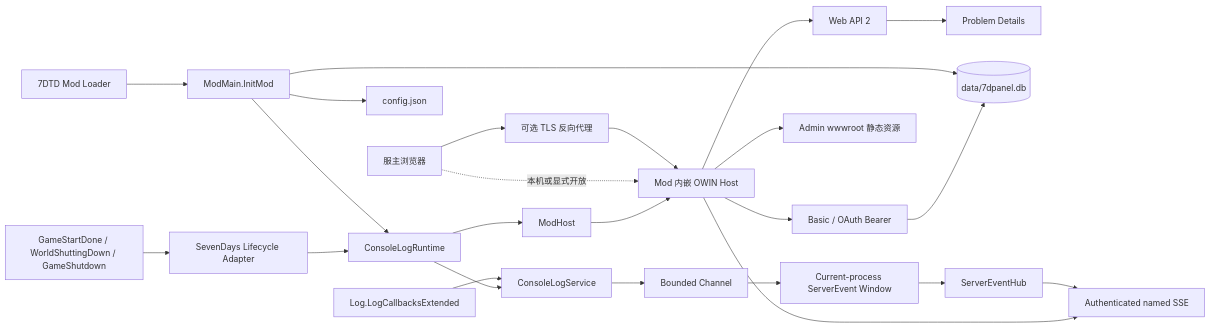
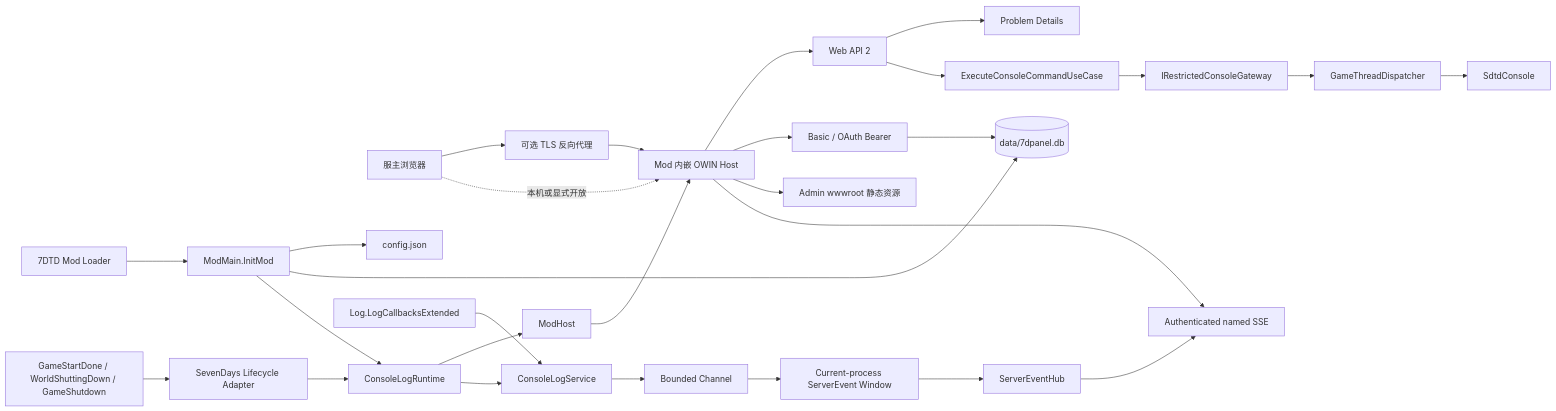
The diagram in docs/architecture.md (IceCoffee1024/7dpanel-legacy), drawn with Mermaid before and after one commit. The commit also changed other lines of this file and 28 other files, not shown here.

Commit message:
feat(backend): add restricted console command slice

````diff
--- a/docs/architecture.md
+++ b/docs/architecture.md
@@ -20,26 +20,30 @@
 ```mermaid
 flowchart LR
     Browser[服主浏览器] --> Proxy[可选 TLS 反向代理]
     Proxy --> Host[Mod 内嵌 OWIN Host]
     Browser -. 本机或显式开放 .-> Host
     Host --> Api[Web API 2]
     Host --> Auth[Basic / OAuth Bearer]
     Api --> Problem[Problem Details]
     Host --> Static[Admin wwwroot 静态资源]
     ModLoader[7DTD Mod Loader] --> Bootstrap[ModMain.InitMod]
     Bootstrap --> Config[config.json]
     Bootstrap --> Database[(data/7dpanel.db)]
     Bootstrap --> Runtime[ConsoleLogRuntime]
     Runtime --> ModHost
     ModHost --> Host
     GameEvents[GameStartDone / WorldShuttingDown / GameShutdown] --> Lifecycle[SevenDays Lifecycle Adapter]
     Lifecycle --> Runtime
     GameLogs[Log.LogCallbacksExtended] --> LogService[ConsoleLogService]
     LogService --> LogQueue[Bounded Channel]
     LogQueue --> EventWindow[Current-process ServerEvent Window]
     EventWindow --> EventHub[ServerEventHub]
     EventHub --> Sse[Authenticated named SSE]
     Host --> Sse
     Auth --> Database
     Runtime --> LogService
+    Api --> Application[ExecuteConsoleCommandUseCase]
+    Application --> ConsolePort[IRestrictedConsoleGateway]
+    ConsolePort --> Dispatcher[GameThreadDispatcher]
+    Dispatcher --> GameConsole[SdtdConsole]
 ```
````
